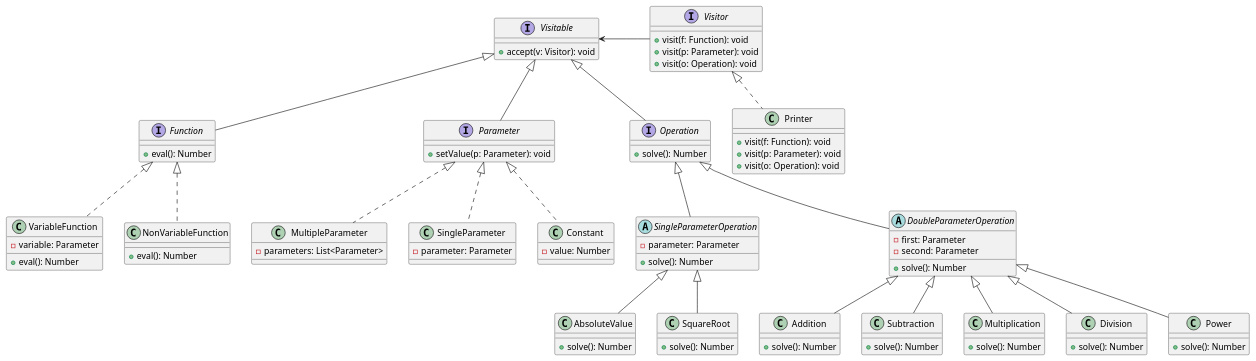
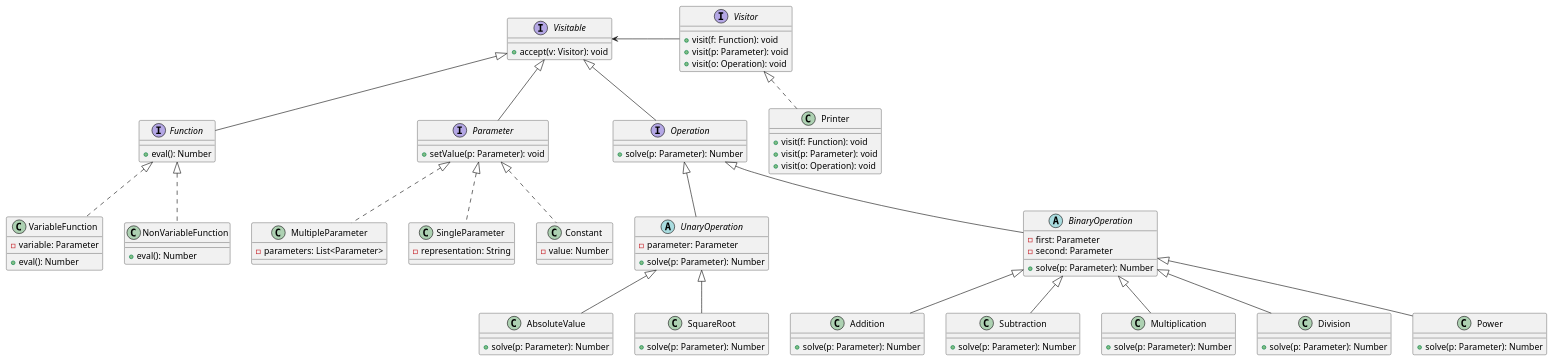
One commit to austral-ingsis-classroom/formula-FranCalveyra changed the diagram in diagrams/Functions.puml. Above: the diagram before and after it, drawn with PlantUML. The commit also changed 20 other files, not shown here.

```diff
--- a/diagrams/Functions.puml
+++ b/diagrams/Functions.puml
@@ -1,97 +1,97 @@
 @startuml
 
 interface Visitable{
 +accept(v: Visitor): void
 }
 interface Visitor{
 +visit(f: Function): void
 +visit(p: Parameter): void
 +visit(o: Operation): void
 }
 
 'TODO: Determine if visiting bottom classes is needed
 
 class Printer implements Visitor{
 +visit(f: Function): void
 +visit(p: Parameter): void
 +visit(o: Operation): void
 }
 
 
 interface Function extends Visitable{
 +eval(): Number
 }
 class VariableFunction implements Function{
 -variable: Parameter
 +eval(): Number
 }
 class NonVariableFunction implements Function{
 +eval(): Number
 }
 
 interface Parameter extends Visitable{
 +setValue(p: Parameter): void
 }
 
 class MultipleParameter implements Parameter{
 -parameters: List<Parameter>
 }
 
 class SingleParameter implements Parameter{
--parameter: Parameter
+-representation: String
 }
 
 class Constant implements Parameter{
 -value: Number
 }
 
 interface Operation extends Visitable{
-+solve(): Number
++solve(p: Parameter): Number
 }
 
-abstract class SingleParameterOperation extends Operation{
+abstract class UnaryOperation extends Operation{
 -parameter: Parameter
-+solve(): Number
++solve(p: Parameter): Number
 }
 
-abstract class DoubleParameterOperation extends Operation{
+abstract class BinaryOperation extends Operation{
 -first: Parameter
 -second: Parameter
-+solve(): Number
++solve(p: Parameter): Number
 }
 
-class Addition extends DoubleParameterOperation{
-+solve(): Number
+class Addition extends BinaryOperation{
++solve(p: Parameter): Number
 }
-class Subtraction extends DoubleParameterOperation{
-+solve(): Number
+class Subtraction extends BinaryOperation{
++solve(p: Parameter): Number
 }
-class Multiplication extends DoubleParameterOperation{
-+solve(): Number
+class Multiplication extends BinaryOperation{
++solve(p: Parameter): Number
 }
-class Division extends DoubleParameterOperation{
-+solve(): Number
+class Division extends BinaryOperation{
++solve(p: Parameter): Number
 }
-class Power extends DoubleParameterOperation{
-+solve(): Number
+class Power extends BinaryOperation{
++solve(p: Parameter): Number
 }
 
-class AbsoluteValue extends SingleParameterOperation{
-+solve(): Number
+class AbsoluteValue extends UnaryOperation{
++solve(p: Parameter): Number
 }
-class SquareRoot extends SingleParameterOperation{
-+solve(): Number
+class SquareRoot extends UnaryOperation{
++solve(p: Parameter): Number
 }
 
 
 
 
 
 ' Functions receive ONE WORD OR LETTER,
 ' then they are single-variable
 
 ' Extras
 Visitable <-Visitor
 
 
 @enduml
```
